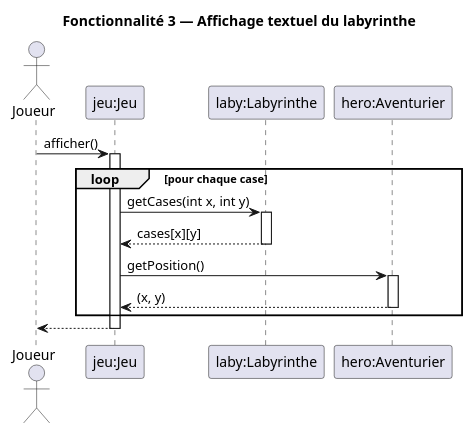
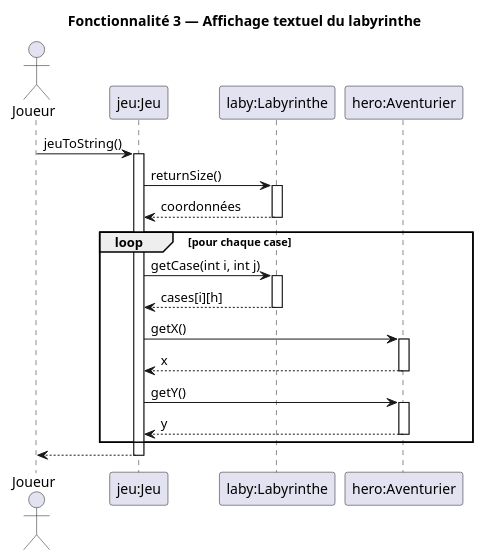
Before and after one commit to lucas-martinati-pro/SAE_S2.01_Zeldiablo-LucasM_JeanLM_PierreGSV: the diagram in projet_zeldiablo/documents/version_1/Fonctionnalité 3 - Q9.puml, drawn with PlantUML. The commit also changed 12 other files, not shown here.

```diff
--- a/projet_zeldiablo/documents/version_1/Fonctionnalité 3 - Q9.puml
+++ b/projet_zeldiablo/documents/version_1/Fonctionnalité 3 - Q9.puml
@@ -1,27 +1,37 @@
 @startuml
 title Fonctionnalité 3 — Affichage textuel du labyrinthe
 
 actor Joueur
 participant "jeu:Jeu" as Jeu
 participant "laby:Labyrinthe" as Laby
 participant "hero:Aventurier" as Hero
 
-Joueur -> Jeu : afficher()
+Joueur -> Jeu : jeuToString()
 activate Jeu
 
+Jeu -> Laby : returnSize()
+activate Laby
+Laby --> Jeu : coordonnées
+deactivate Laby
+
 loop pour chaque case
-    Jeu -> Laby : getCases(int x, int y)
+    Jeu -> Laby : getCase(int i, int j)
     activate Laby
-    Laby --> Jeu : cases[x][y]
+    Laby --> Jeu : cases[i][h]
     deactivate Laby
 
-    Jeu -> Hero : getPosition()
+    Jeu -> Hero : getX()
     activate Hero
-    Hero --> Jeu : (x, y)
+    Hero --> Jeu : x
+    deactivate Hero
+
+    Jeu -> Hero : getY()
+    activate Hero
+    Hero --> Jeu : y
     deactivate Hero
 end
 
 Jeu --> Joueur
 deactivate Jeu
 
 @enduml
```
